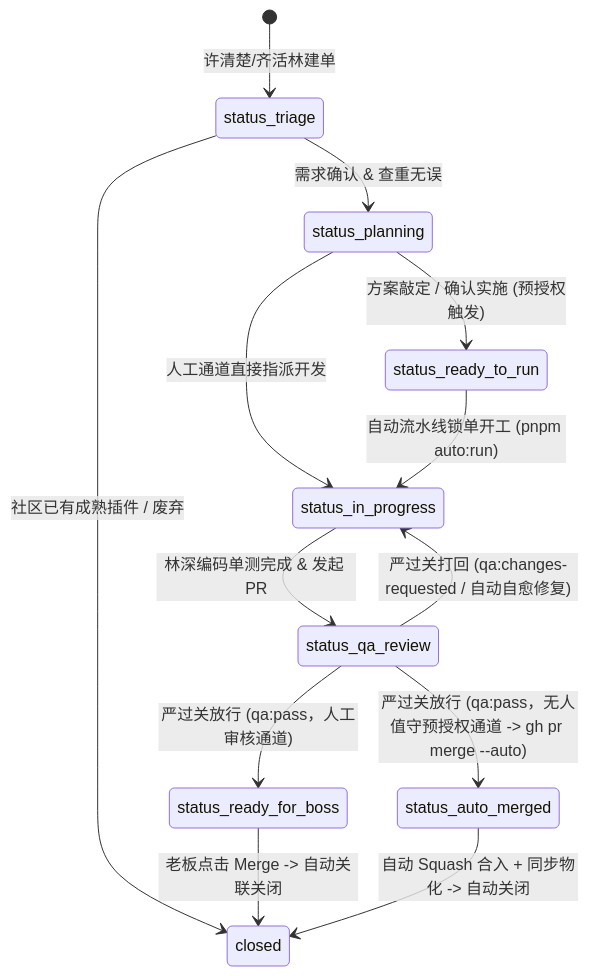
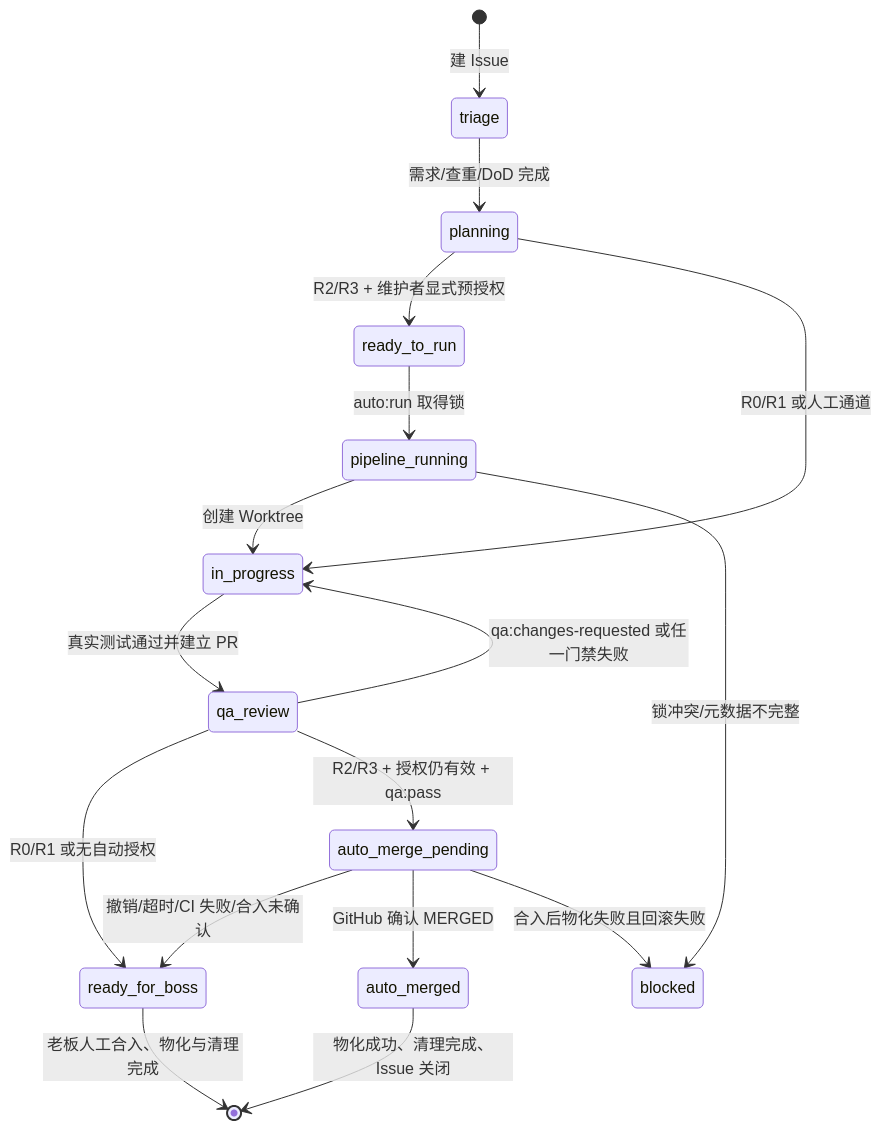
One commit to laozhong86/omnimux-dsh changed the diagram in docs/contracts/agent-issue-lifecycle.md. Above: the diagram before and after it, drawn with Mermaid. The commit also changed other lines of this file and 16 other files, not shown here.

````diff
--- a/docs/contracts/agent-issue-lifecycle.md
+++ b/docs/contracts/agent-issue-lifecycle.md
@@ -67,15 +99,19 @@
 ```mermaid
 stateDiagram-v2
-    [*] --> status_triage: 许清楚/齐活林建单
-    status_triage --> status_planning: 需求确认 & 查重无误
-    status_triage --> closed: 社区已有成熟插件 / 废弃
-    status_planning --> status_ready_to_run: 方案敲定 / 确认实施 (预授权触发)
-    status_planning --> status_in_progress: 人工通道直接指派开发
-    status_ready_to_run --> status_in_progress: 自动流水线锁单开工 (pnpm auto:run)
-    status_in_progress --> status_qa_review: 林深编码单测完成 & 发起 PR
-    status_qa_review --> status_in_progress: 严过关打回 (qa:changes-requested / 自动自愈修复)
-    status_qa_review --> status_ready_for_boss: 严过关放行 (qa:pass，人工审核通道)
-    status_qa_review --> status_auto_merged: 严过关放行 (qa:pass，无人值守预授权通道 -> gh pr merge --auto)
-    status_ready_for_boss --> closed: 老板点击 Merge -> 自动关联关闭
-    status_auto_merged --> closed: 自动 Squash 合入 + 同步物化 -> 自动关闭
+  [*] --> triage: 建 Issue
+  triage --> planning: 需求/查重/DoD 完成
+  planning --> ready_to_run: R2/R3 + 维护者显式预授权
+  planning --> in_progress: R0/R1 或人工通道
+  ready_to_run --> pipeline_running: auto:run 取得锁
+  pipeline_running --> in_progress: 创建 Worktree
+  in_progress --> qa_review: 真实测试通过并建立 PR
+  qa_review --> in_progress: qa:changes-requested 或任一门禁失败
+  qa_review --> ready_for_boss: R0/R1 或无自动授权
+  qa_review --> auto_merge_pending: R2/R3 + 授权仍有效 + qa:pass
+  auto_merge_pending --> ready_for_boss: 撤销/超时/CI 失败/合入未确认
+  auto_merge_pending --> auto_merged: GitHub 确认 MERGED
+  auto_merged --> [*]: 物化成功、清理完成、Issue 关闭
+  ready_for_boss --> [*]: 老板人工合入、物化与清理完成
+  pipeline_running --> blocked: 锁冲突/元数据不完整
+  auto_merge_pending --> blocked: 合入后物化失败且回滚失败
 ```
````
